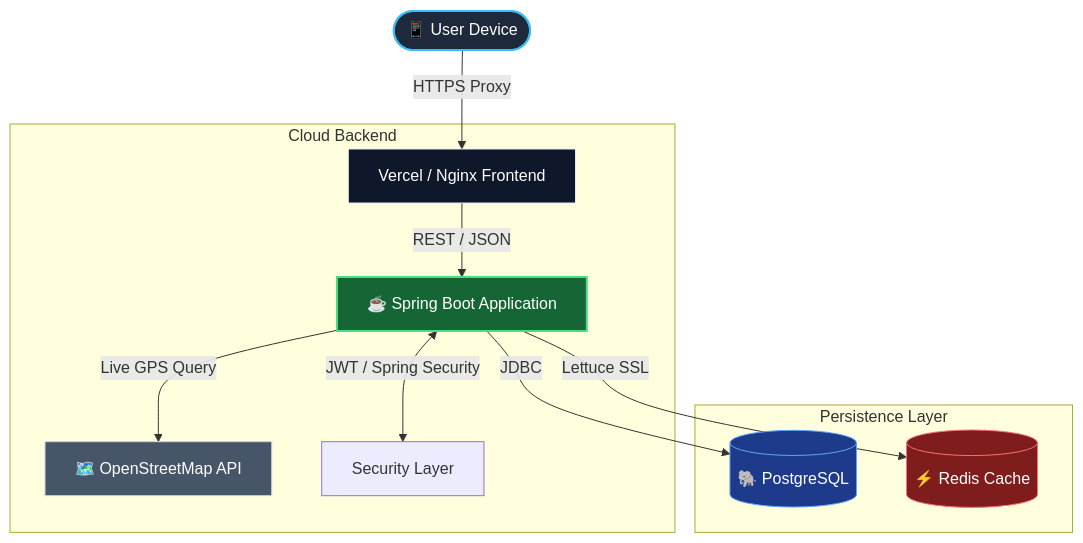
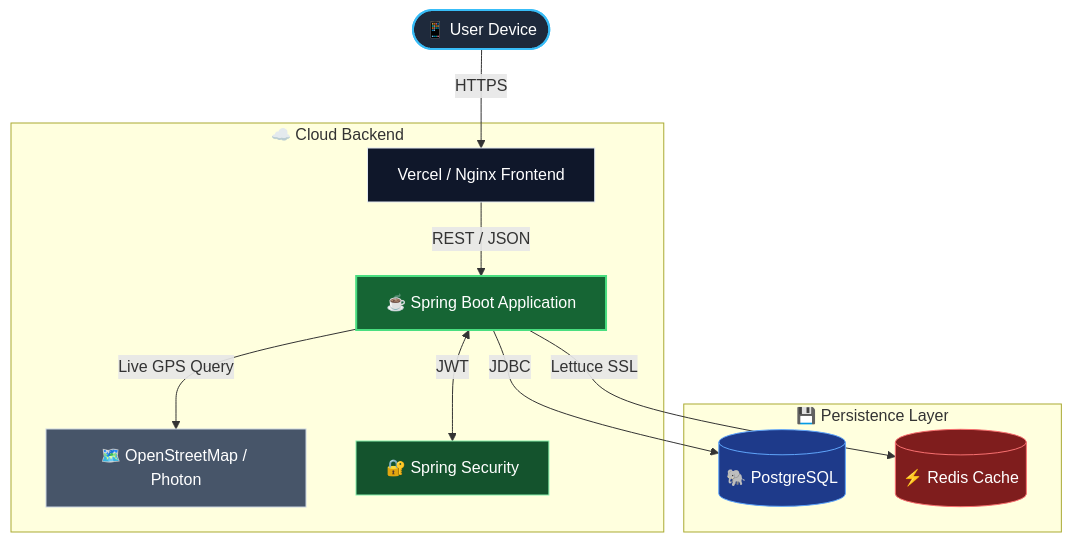
Before and after one commit to Ankurchoudhary75/madadnow: the second of 5 diagrams in README.md, drawn with Mermaid. The commit also changed other lines of this file, not shown here.

````diff
--- a/README.md
+++ b/README.md
@@ -41,22 +207,23 @@
 ```mermaid
 graph TD
-    Client([📱 User Device]) -->|HTTPS Proxy| Nginx[Vercel / Nginx Frontend]
-    
-    subgraph Cloud Backend
-        Nginx -->|REST / JSON| Spring[☕ Spring Boot Application]
-        Spring -->|Live GPS Query| OSM[🗺️ OpenStreetMap API]
-        Spring <-->|JWT / Spring Security| Auth[Security Layer]
+    Client([📱 User Device]) -->|HTTPS| Edge[Vercel / Nginx Frontend]
+
+    subgraph Backend [☁️ Cloud Backend]
+        Edge -->|REST / JSON| Spring[☕ Spring Boot Application]
+        Spring -->|Live GPS Query| OSM[🗺️ OpenStreetMap / Photon]
+        Spring <-->|JWT| Auth[🔐 Spring Security]
     end
 
-    subgraph Persistence Layer
+    subgraph Persistence [💾 Persistence Layer]
         Spring -->|JDBC| DB[(🐘 PostgreSQL)]
         Spring -->|Lettuce SSL| Cache[(⚡ Redis Cache)]
     end
-    
+
     style Client fill:#1e293b,stroke:#38bdf8,stroke-width:2px,color:#fff
     style Spring fill:#166534,stroke:#4ade80,stroke-width:2px,color:#fff
-    style Nginx fill:#0f172a,stroke:#e2e8f0,color:#fff
+    style Edge fill:#0f172a,stroke:#e2e8f0,color:#fff
+    style Auth fill:#14532d,stroke:#86efac,color:#fff
     style DB fill:#1e3a8a,stroke:#60a5fa,color:#fff
     style Cache fill:#7f1d1d,stroke:#f87171,color:#fff
     style OSM fill:#475569,stroke:#cbd5e1,color:#fff
 ```
````
